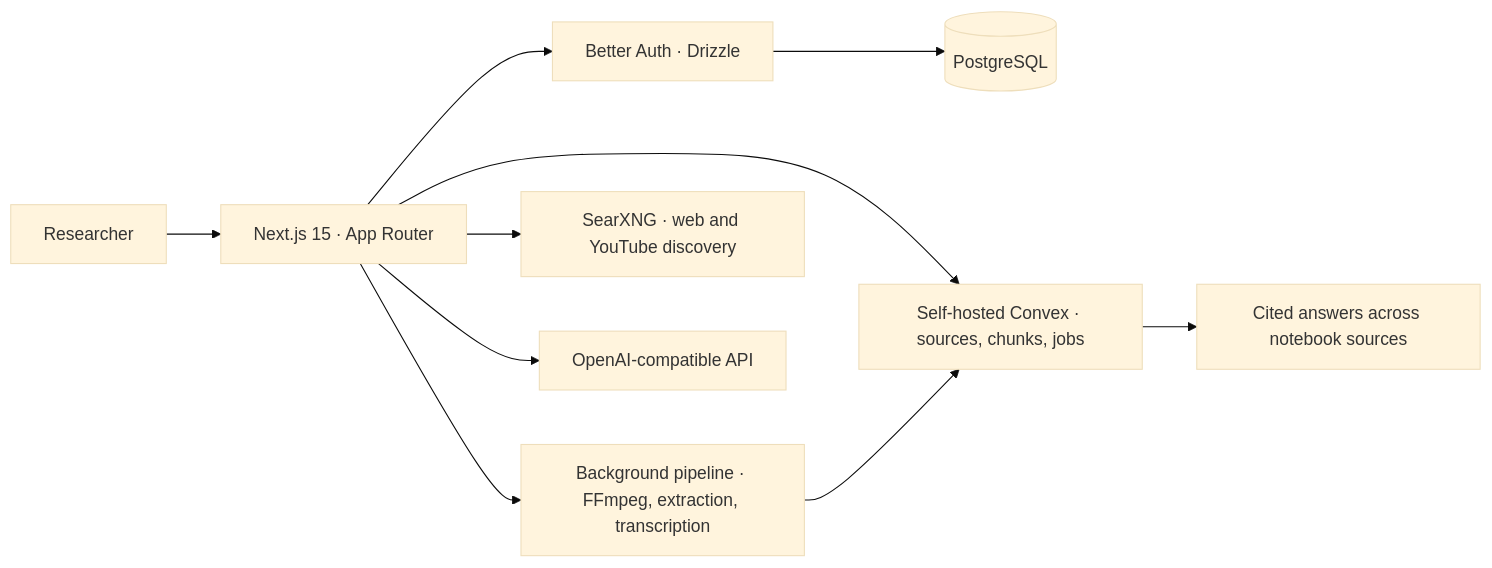
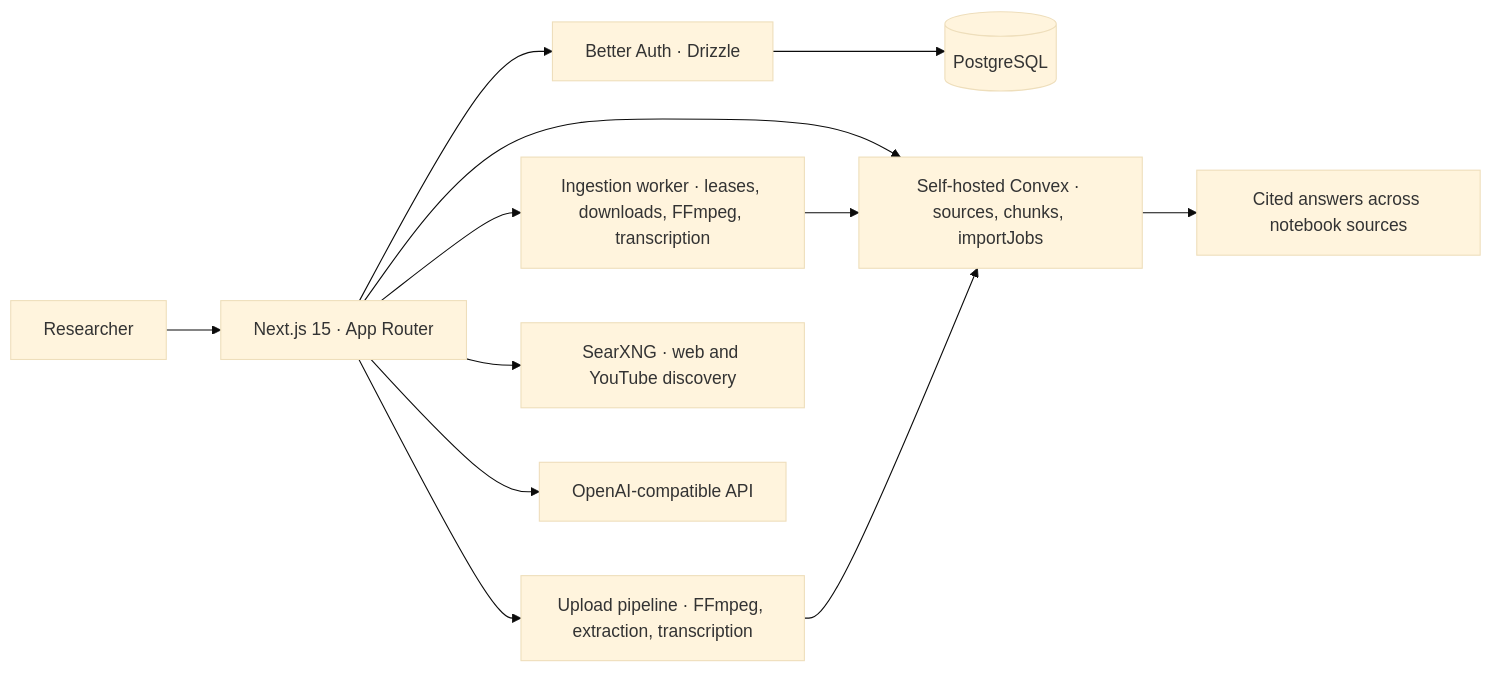
One commit to Gjusev/note-lm changed the diagram in docs/architecture.md. Above: the diagram before and after it, drawn with Mermaid (base theme). The commit also changed other lines of this file and 2 other files, not shown here.

First line of the commit message:
docs: ingestion worker and URL imports across architecture, getting-started, handbook

````diff
--- a/docs/architecture.md
+++ b/docs/architecture.md
@@ -11,12 +11,14 @@
 ```mermaid
 flowchart LR
     USER["Researcher"] --> APP["Next.js 15 · App Router"]
     APP --> AUTH["Better Auth · Drizzle"]
     AUTH --> PG[("PostgreSQL")]
-    APP --> CVX["Self-hosted Convex · sources, chunks, jobs"]
-    APP --> PIPE["Background pipeline · FFmpeg, extraction, transcription"]
+    APP --> CVX["Self-hosted Convex · sources, chunks, importJobs"]
+    APP --> WORKER["Ingestion worker · leases, downloads, FFmpeg, transcription"]
+    WORKER --> CVX
+    APP --> PIPE["Upload pipeline · FFmpeg, extraction, transcription"]
     PIPE --> CVX
     APP --> SEARCH["SearXNG · web and YouTube discovery"]
     APP --> LLM["OpenAI-compatible API"]
     CVX --> CHAT["Cited answers across notebook sources"]
 ```
````
